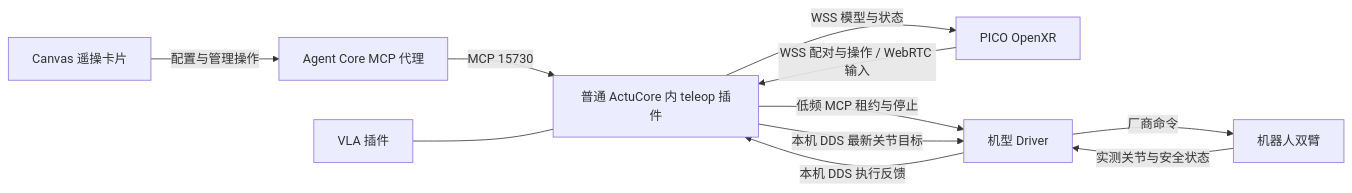
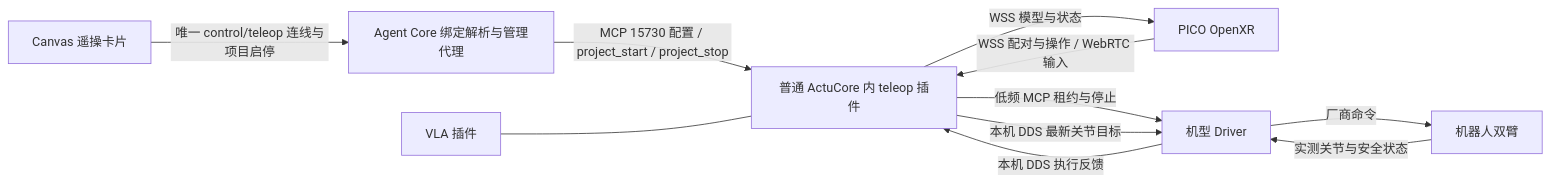
The diagram in docs/design/teleop-architecture.md (4paradigm/phanthymotus), drawn with Mermaid before and after one commit. The commit also changed other lines of this file and 33 other files, not shown here.

Commit message:
feat(teleop): bind Canvas lifecycle to PICO operation and confirmed arm return

````diff
--- a/docs/design/teleop-architecture.md
+++ b/docs/design/teleop-architecture.md
@@ -7,13 +7,13 @@
 ```mermaid
 flowchart LR
-    Canvas[Canvas 遥操卡片] -->|配置与管理操作| Core[Agent Core MCP 代理]
-    Core -->|MCP 15730| AC[普通 ActuCore 内 teleop 插件]
+    Canvas[Canvas 遥操卡片] -->|唯一 control/teleop 连线与项目启停| Core[Agent Core 绑定解析与管理代理]
+    Core -->|MCP 15730 配置 / project_start / project_stop| AC[普通 ActuCore 内 teleop 插件]
     Pico[PICO OpenXR] -->|WSS 配对与操作 / WebRTC 输入| AC
     AC -->|WSS 模型与状态| Pico
     AC -->|低频 MCP 租约与停止| Driver[机型 Driver]
     AC -->|本机 DDS 最新关节目标| Driver
     Driver -->|本机 DDS 执行反馈| AC
     Driver -->|厂商命令| Robot[机器人双臂]
     Robot -->|实测关节与安全状态| Driver
     VLA[VLA 插件] --- AC
 ```
````
